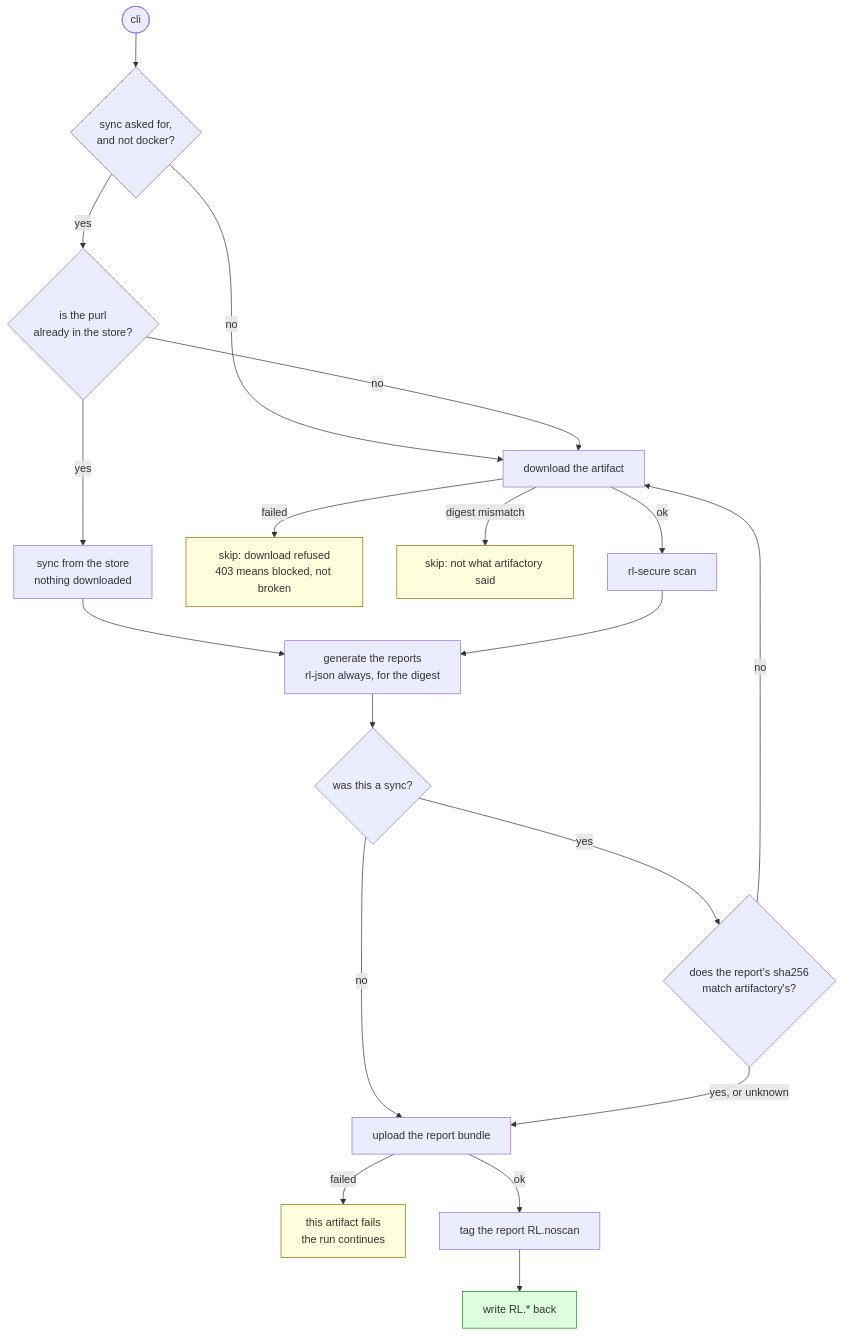
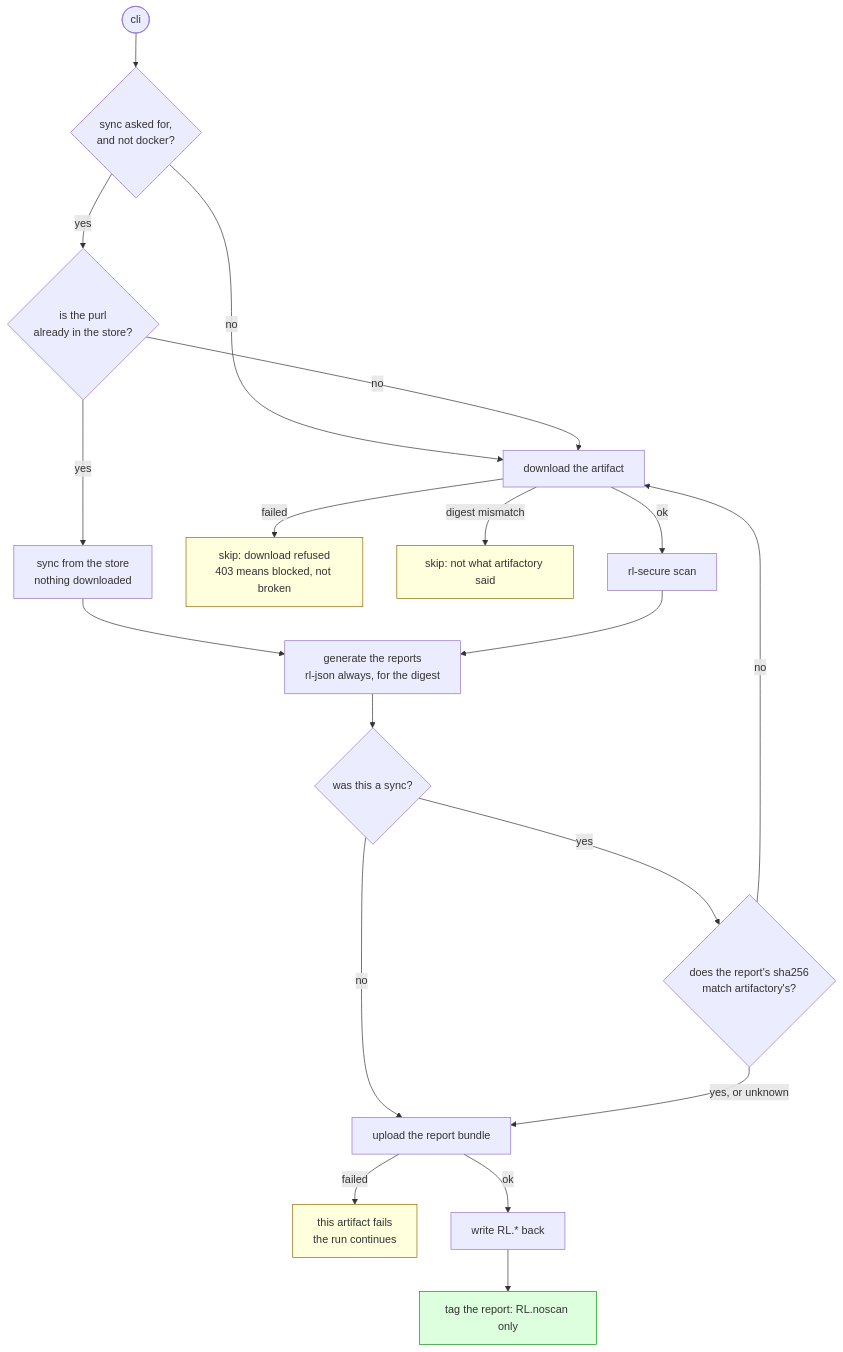
The fourth of 4 diagrams in doc/FLOW.md (reversinglabs/rl-scan-artifactory), drawn with Mermaid before and after one commit. The commit also changed other lines of this file and 39 other files, not shown here.

````diff
--- a/doc/FLOW.md
+++ b/doc/FLOW.md
@@ -160,27 +166,27 @@
 ```mermaid
 flowchart TD
     start([cli]) --> syncq{sync asked for,<br/>and not docker?}
     syncq -- no --> down
     syncq -- yes --> instore{is the purl<br/>already in the store?}
     instore -- no --> down
     instore -- yes --> dosync[sync from the store<br/>nothing downloaded]
     dosync --> reports
 
     down[download the artifact] -- failed --> fail[skip: download refused<br/>403 means blocked, not broken]:::skip
     down -- "digest mismatch" --> fail2[skip: not what artifactory said]:::skip
     down -- ok --> scan[rl-secure scan]
     scan --> reports[generate the reports<br/>rl-json always, for the digest]
 
     reports --> synced{was this a sync?}
     synced -- no --> upl
     synced -- yes --> same{does the report's sha256<br/>match artifactory's?}
     same -- "yes, or unknown" --> upl
     same -- no --> down
 
     upl[upload the report bundle] -- failed --> failu[this artifact fails<br/>the run continues]:::skip
-    upl -- ok --> tag[tag the report RL.noscan]
-    tag --> write[write RL.* back]:::done
+    upl -- ok --> write[write RL.* back]
+    write --> tag[tag the report: RL.noscan only]:::done
 
     classDef done fill:#dfd,stroke:#090
     classDef skip fill:#ffd,stroke:#960
 ```
````
